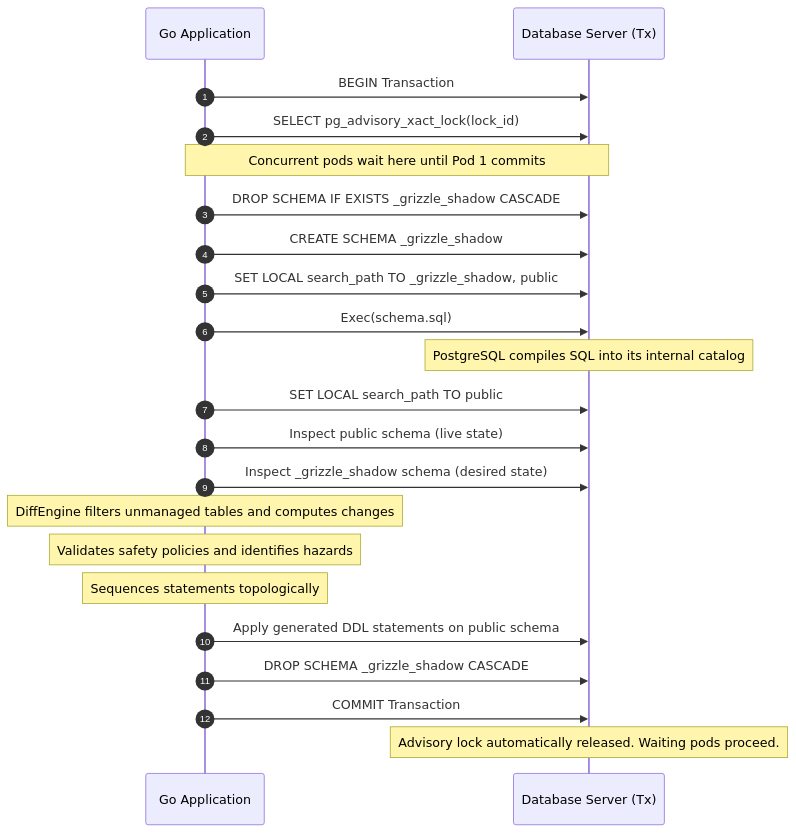
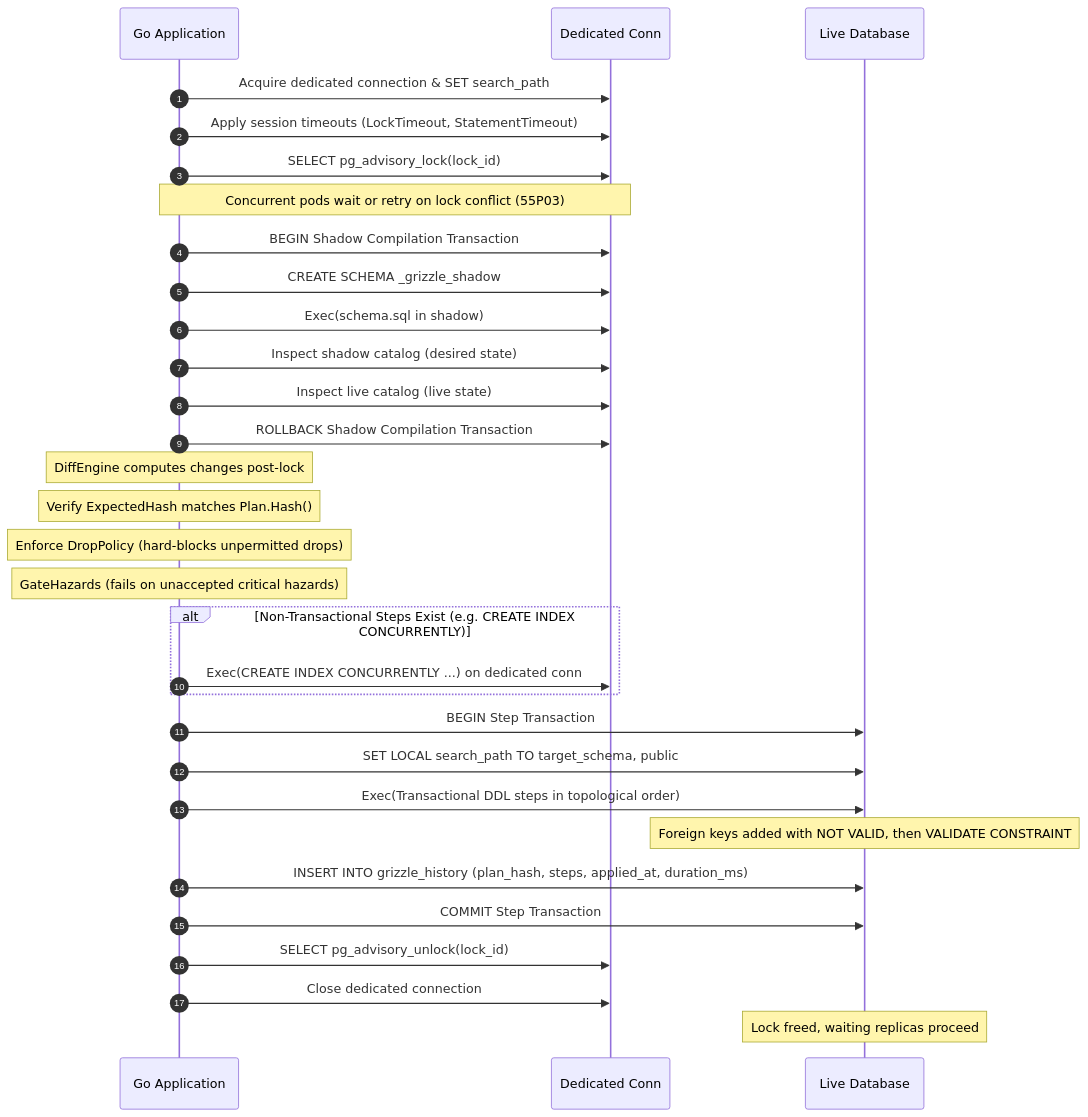
Before and after one commit to muandane/grizzle: the second of 2 diagrams in docs/ARCHITECTURE.md, drawn with Mermaid. The commit also changed other lines of this file and 3 other files, not shown here.

Commit message:
docs: update safety documentation, architectural specifications, and competitor citations

````diff
--- a/docs/ARCHITECTURE.md
+++ b/docs/ARCHITECTURE.md
@@ -42,29 +57,39 @@
 ```mermaid
 sequenceDiagram
     autonumber
     participant App as Go Application
-    participant DB as Database Server (Tx)
+    participant Conn as Dedicated Conn
+    participant LiveDB as Live Database
 
-    App->>DB: BEGIN Transaction
-    App->>DB: SELECT pg_advisory_xact_lock(lock_id)
-    Note over App,DB: Concurrent pods wait here until Pod 1 commits
+    App->>Conn: Acquire dedicated connection & SET search_path
+    App->>Conn: Apply session timeouts (LockTimeout, StatementTimeout)
+    App->>Conn: SELECT pg_advisory_lock(lock_id)
+    Note over App,Conn: Concurrent pods wait or retry on lock conflict (55P03)
 
-    App->>DB: DROP SCHEMA IF EXISTS _grizzle_shadow CASCADE;
-    App->>DB: CREATE SCHEMA _grizzle_shadow;
-    App->>DB: SET LOCAL search_path TO _grizzle_shadow, public;
-    App->>DB: Exec(schema.sql)
-    Note over DB: PostgreSQL compiles SQL into its internal catalog
+    App->>Conn: BEGIN Shadow Compilation Transaction
+    App->>Conn: CREATE SCHEMA _grizzle_shadow;
+    App->>Conn: Exec(schema.sql in shadow)
+    App->>Conn: Inspect shadow catalog (desired state)
+    App->>Conn: Inspect live catalog (live state)
+    App->>Conn: ROLLBACK Shadow Compilation Transaction
 
-    App->>DB: SET LOCAL search_path TO public;
-    App->>DB: Inspect public schema (live state)
-    App->>DB: Inspect _grizzle_shadow schema (desired state)
+    Note over App: DiffEngine computes changes post-lock
+    Note over App: Verify ExpectedHash matches Plan.Hash()
+    Note over App: Enforce DropPolicy (hard-blocks unpermitted drops)
+    Note over App: GateHazards (fails on unaccepted critical hazards)
 
-    Note over App: DiffEngine filters unmanaged tables and computes changes
-    Note over App: Validates safety policies and identifies hazards
-    Note over App: Sequences statements topologically
+    alt Non-Transactional Steps Exist (e.g. CREATE INDEX CONCURRENTLY)
+        App->>Conn: Exec(CREATE INDEX CONCURRENTLY ...) on dedicated conn
+    end
 
-    App->>DB: Apply generated DDL statements on public schema
-    App->>DB: DROP SCHEMA _grizzle_shadow CASCADE;
-    App->>DB: COMMIT Transaction
-    Note over DB: Advisory lock automatically released. Waiting pods proceed.
+    App->>LiveDB: BEGIN Step Transaction
+    App->>LiveDB: SET LOCAL search_path TO target_schema, public;
+    App->>LiveDB: Exec(Transactional DDL steps in topological order)
+    Note over LiveDB: Foreign keys added with NOT VALID, then VALIDATE CONSTRAINT
+    App->>LiveDB: INSERT INTO grizzle_history (plan_hash, steps, applied_at, duration_ms)
+    App->>LiveDB: COMMIT Step Transaction
+
+    App->>Conn: SELECT pg_advisory_unlock(lock_id)
+    App->>Conn: Close dedicated connection
+    Note over LiveDB: Lock freed, waiting replicas proceed
 ```
````
